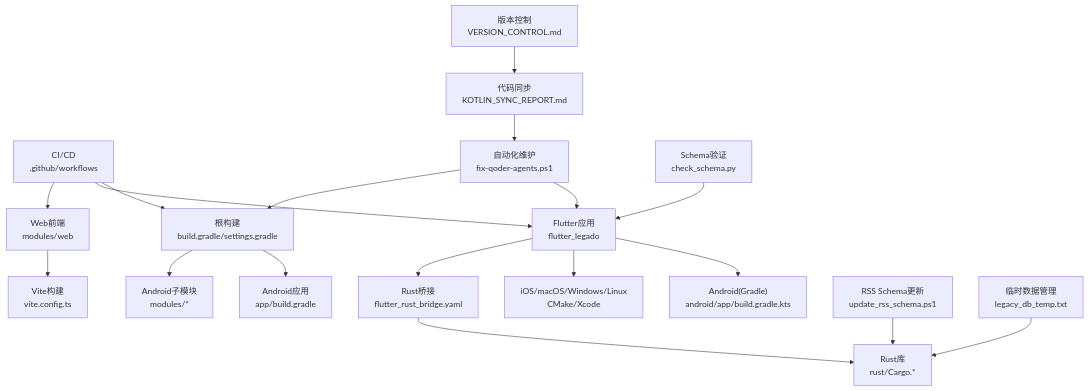
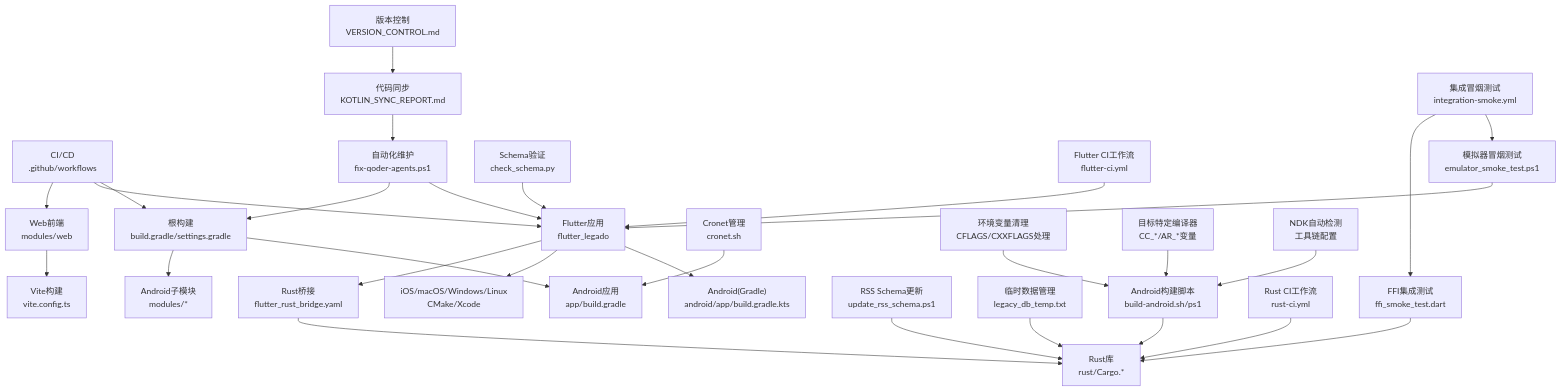
One commit to ZhangGHGitHub/LegadoTeamFlutter changed the first of 16 diagrams in .qoder/repowiki/zh/content/构建和部署/构建和部署.md. Above: the diagram before and after it, drawn with Mermaid. The commit also changed other lines of this file and 173 other files, not shown here.

````diff
--- a/.qoder/repowiki/zh/content/构建和部署/构建和部署.md
+++ b/.qoder/repowiki/zh/content/构建和部署/构建和部署.md
@@ -70,20 +93,31 @@
 ```mermaid
 graph TB
 A["根构建<br/>build.gradle/settings.gradle"] --> B["Android应用<br/>app/build.gradle"]
 A --> C["Android子模块<br/>modules/*"]
 D["Flutter应用<br/>flutter_legado"] --> E["Android(Gradle)<br/>android/app/build.gradle.kts"]
 D --> F["iOS/macOS/Windows/Linux<br/>CMake/Xcode"]
 D --> G["Rust桥接<br/>flutter_rust_bridge.yaml"]
 G --> H["Rust库<br/>rust/Cargo.*"]
 I["Web前端<br/>modules/web"] --> J["Vite构建<br/>vite.config.ts"]
 K["CI/CD<br/>.github/workflows"] --> A
 K --> D
 K --> I
 L["版本控制<br/>VERSION_CONTROL.md"] --> M["代码同步<br/>KOTLIN_SYNC_REPORT.md"]
 M --> N["自动化维护<br/>fix-qoder-agents.ps1"]
 N --> D
 N --> A
 O["Schema验证<br/>check_schema.py"] --> D
 P["RSS Schema更新<br/>update_rss_schema.ps1"] --> H
 Q["临时数据管理<br/>legacy_db_temp.txt"] --> H
+R["Android构建脚本<br/>build-android.sh/ps1"] --> H
+S["Rust CI工作流<br/>rust-ci.yml"] --> H
+T["Flutter CI工作流<br/>flutter-ci.yml"] --> D
+U["Cronet管理<br/>cronet.sh"] --> B
+V["环境变量清理<br/>CFLAGS/CXXFLAGS处理"] --> R
+W["目标特定编译器<br/>CC_*/AR_*变量"] --> R
+X["NDK自动检测<br/>工具链配置"] --> R
+Y["模拟器冒烟测试<br/>emulator_smoke_test.ps1"] --> D
+Z["FFI集成测试<br/>ffi_smoke_test.dart"] --> H
+AA["集成冒烟测试<br/>integration-smoke.yml"] --> Y
+AA --> Z
 ```
````
